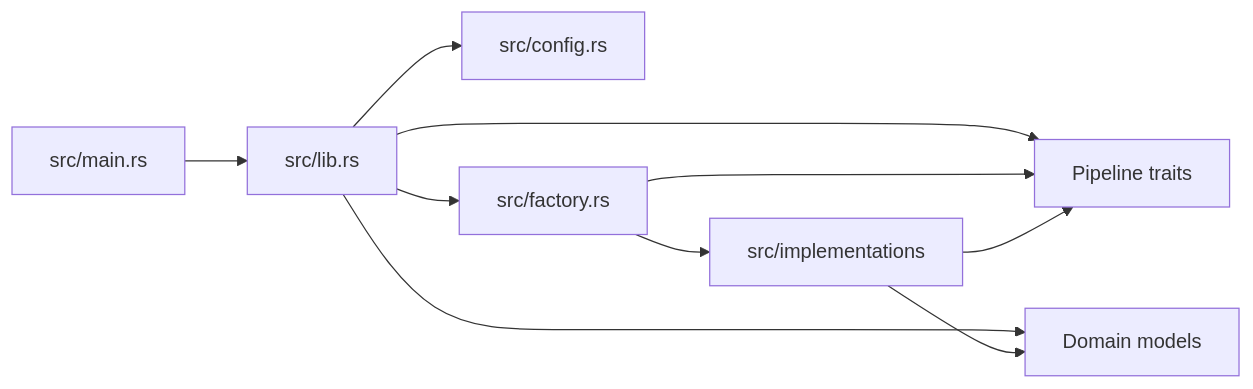
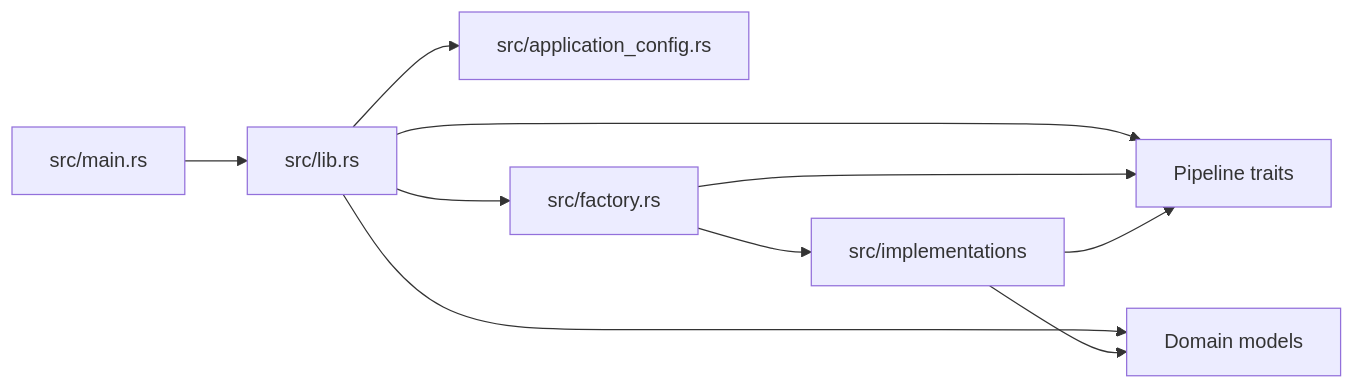
The first of 2 diagrams in docs/ARCHITECTURE.md (zefir1990/FramesTranslator), drawn with Mermaid before and after one commit. The commit also changed other lines of this file and 25 other files, not shown here.

````diff
--- a/docs/ARCHITECTURE.md
+++ b/docs/ARCHITECTURE.md
@@ -25,12 +25,12 @@
 ```mermaid
 flowchart LR
     Main[src/main.rs] --> Library[src/lib.rs]
     Library --> Contracts[Pipeline traits]
     Library --> Models[Domain models]
-    Library --> Config[src/config.rs]
+    Library --> Config[src/application_config.rs]
     Library --> Factory[src/factory.rs]
     Factory --> Contracts
     Factory --> Implementations[src/implementations]
     Implementations --> Contracts
     Implementations --> Models
 ```
````
